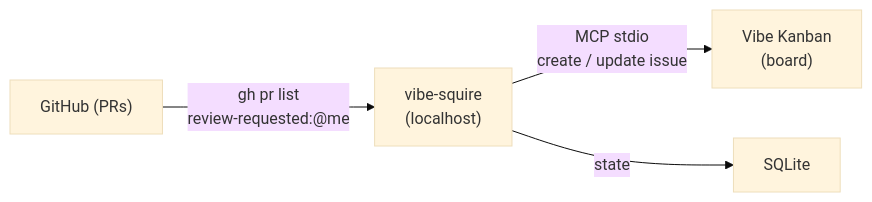
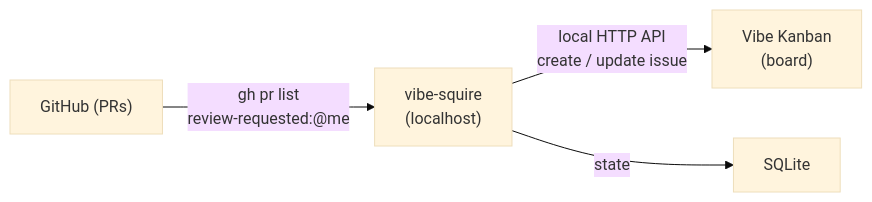
Before and after one commit to alexpialetski/vibe-squire: the diagram in README.md, drawn with Mermaid (base theme). The commit also changed other lines of this file and 81 other files, not shown here.

First line of the commit message:
feat(vibe-kanban)!: replace MCP with local HTTP API

````diff
--- a/README.md
+++ b/README.md
@@ -9,6 +9,6 @@
 ```mermaid
 graph LR
     GH["GitHub (PRs)"] -- "gh pr list<br/>review-requested:@me" --> VS["vibe-squire<br/>(localhost)"]
-    VS -- "MCP stdio<br/>create / update issue" --> VK["Vibe Kanban<br/>(board)"]
+    VS -- "local HTTP API<br/>create / update issue" --> VK["Vibe Kanban<br/>(board)"]
     VS -- "state" --> DB["SQLite"]
 ```
````
